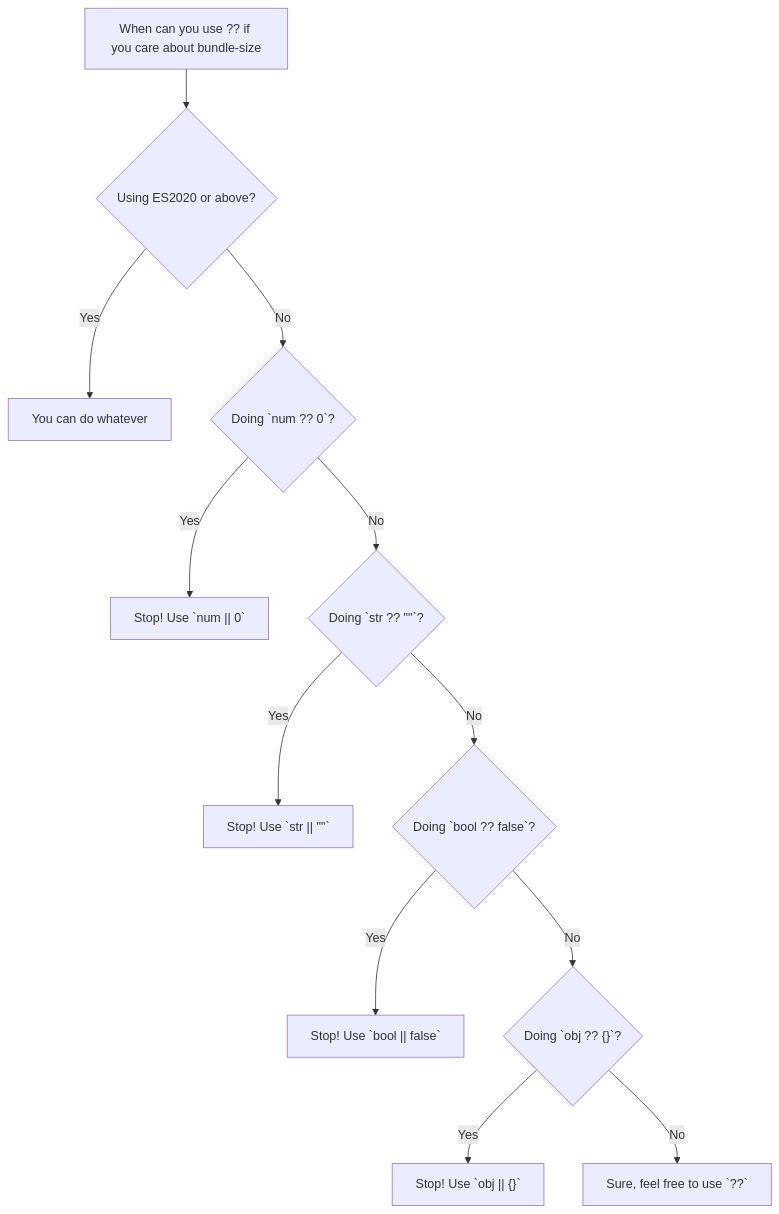
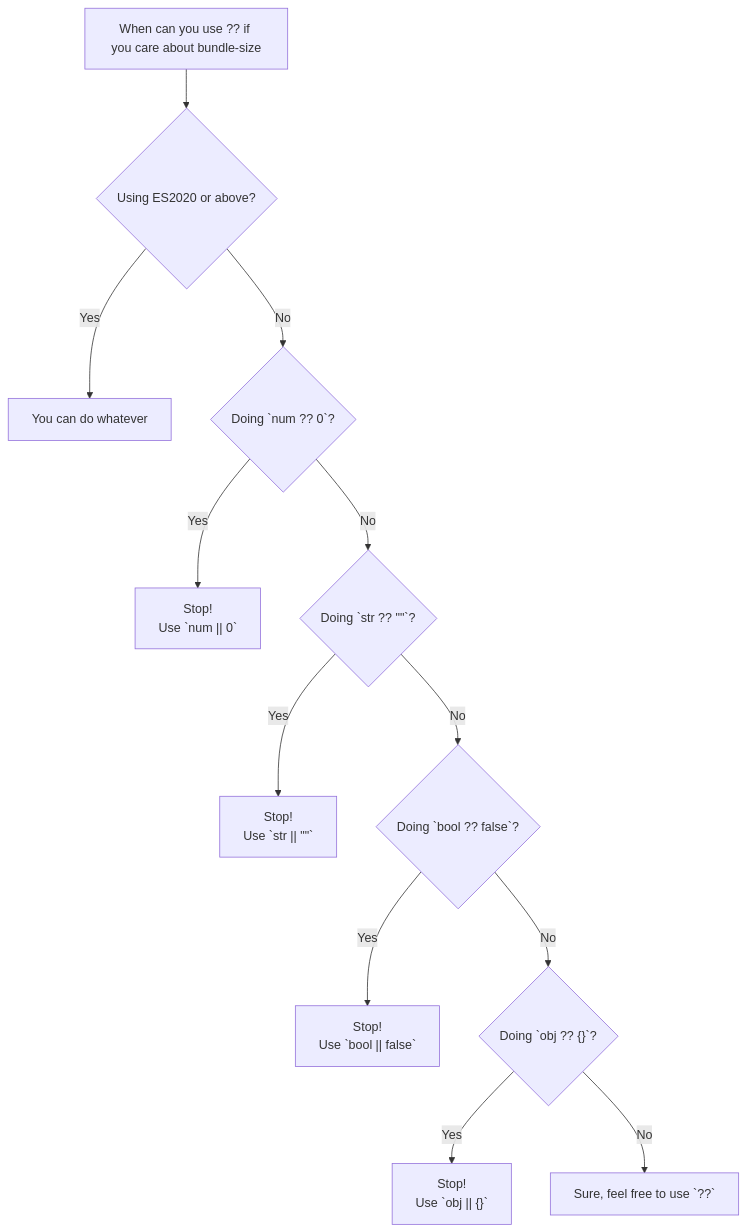
Before and after one commit to guilhermesimoes/guilhermesimoes.github.io: the diagram in _drafts/2026-05-27-when-to-use-nullish-coalescing-operator-chart.md, drawn with Mermaid.

````diff
--- a/_drafts/2026-05-27-when-to-use-nullish-coalescing-operator-chart.md
+++ b/_drafts/2026-05-27-when-to-use-nullish-coalescing-operator-chart.md
@@ -13,14 +13,14 @@
 ```mermaid
 graph TB
     A["When can you use ?? if you care about bundle-size"] --> B{"Using ES2020 or above?"};
     B -->|Yes| C["You can do whatever"];
     B -->|No| D{"Doing `num ?? 0`?"};
-    D -->|Yes| E["Stop! Use `num || 0`"];
+    D -->|Yes| E["Stop!\n Use `num || 0`"];
     D -->|No| F{"Doing `str ?? &quot;&quot;`?"};
-    F -->|Yes| G["Stop! Use `str || &quot;&quot;`"];
+    F -->|Yes| G["Stop!\n Use `str || &quot;&quot;`"];
     F -->|No| H{"Doing `bool ?? false`?"};
-    H -->|Yes| I["Stop! Use `bool || false`"];
+    H -->|Yes| I["Stop!\n Use `bool || false`"];
     H -->|No| J{"Doing `obj ?? {}`?"};
-    J -->|Yes| L["Stop! Use `obj || {}`"];
+    J -->|Yes| L["Stop!\n Use `obj || {}`"];
     J -->|No| K["Sure, feel free to use `??`"];
 ```
````
